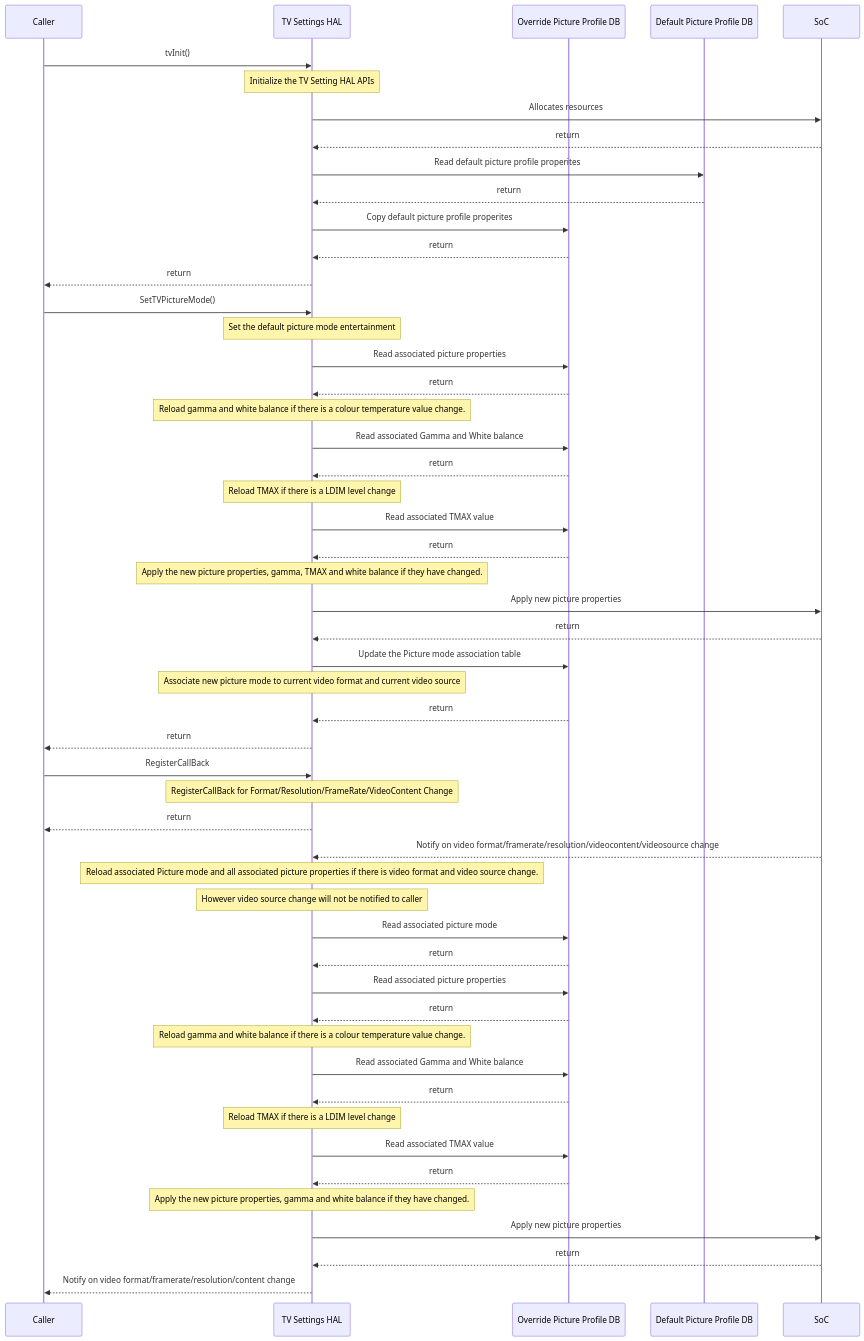
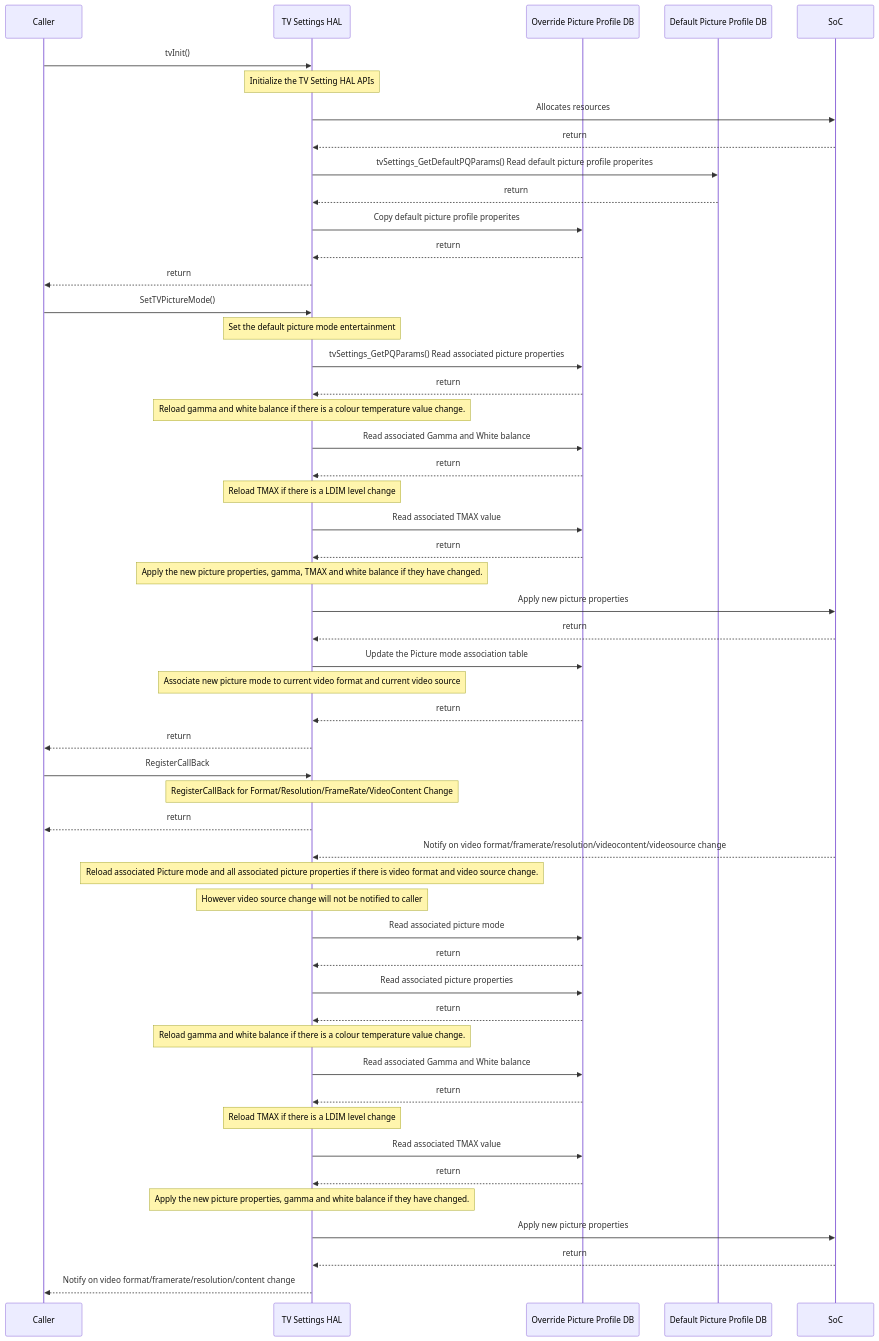
One commit to rdkcentral/rdkv-halif-tvsettings changed the second of 7 diagrams in docs/pages/tv-settings_halSpec.md. Above: the diagram before and after it, drawn with Mermaid. The commit also changed other lines of this file, not shown here.

Commit message:
gh #5 update storage locations for get

````diff
--- a/docs/pages/tv-settings_halSpec.md
+++ b/docs/pages/tv-settings_halSpec.md
@@ -315,57 +315,57 @@
 ```mermaid
 sequenceDiagram
 participant Caller as Caller
     participant HAL as TV Settings HAL
     participant OPPDB as Override Picture Profile DB
     participant DPPDB as Default Picture Profile DB
     participant Driver as SoC
 
     Caller->>HAL:tvInit()
     Note over HAL: Initialize the TV Setting HAL APIs
     HAL->>Driver: Allocates resources
     Driver-->>HAL:return
-    HAL->>DPPDB: Read default picture profile properites
+    HAL->>DPPDB: tvSettings_GetDefaultPQParams() Read default picture profile properites
     DPPDB-->>HAL:return
     HAL->>OPPDB: Copy default picture profile properites
     OPPDB-->>HAL:return
     HAL-->>Caller:return
     Caller->>HAL: SetTVPictureMode()
     Note over HAL: Set the default picture mode entertainment
-    HAL->>OPPDB: Read associated picture properties
+    HAL->>OPPDB: tvSettings_GetPQParams() Read associated picture properties
     OPPDB-->>HAL:return
     Note over HAL: Reload gamma and white balance if there is a colour temperature value change.
     HAL->>OPPDB: Read associated Gamma and White balance
     OPPDB-->>HAL:return
     Note over HAL: Reload TMAX if there is a LDIM level change
     HAL->>OPPDB: Read associated TMAX value
     OPPDB-->>HAL:return
     Note over HAL: Apply the new picture properties, gamma, TMAX and white balance if they have changed.
     HAL->>Driver: Apply new picture properties
     Driver-->>HAL:return
     HAL->>OPPDB: Update the Picture mode association table
     Note over HAL: Associate new picture mode to current video format and current video source
     OPPDB-->>HAL:return
     HAL-->>Caller:return
 
     Caller->>HAL: RegisterCallBack
     Note over HAL:RegisterCallBack for Format/Resolution/FrameRate/VideoContent Change
     HAL-->>Caller:return
 
     Driver-->>HAL:Notify on video format/framerate/resolution/videocontent/videosource change
     Note over HAL: Reload associated Picture mode and all associated picture properties if there is video format and video source change.
     Note over HAL: However video source change will not be notified to caller
     HAL->>OPPDB: Read associated picture mode
     OPPDB-->>HAL:return
     HAL->>OPPDB: Read associated picture properties
     OPPDB-->>HAL:return
     Note over HAL: Reload gamma and white balance if there is a colour temperature value change.
     HAL->>OPPDB: Read associated Gamma and White balance
     OPPDB-->>HAL:return
     Note over HAL: Reload TMAX if there is a LDIM level change
     HAL->>OPPDB: Read associated TMAX value
     OPPDB-->>HAL:return
     Note over HAL: Apply the new picture properties, gamma and white balance if they have changed.
     HAL->>Driver: Apply new picture properties
     Driver-->>HAL: return
     HAL-->>Caller:Notify on video format/framerate/resolution/content change
 ```
````
